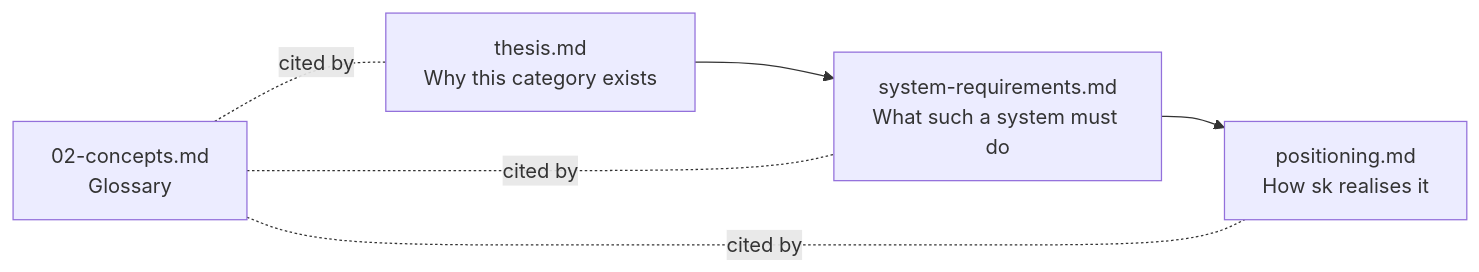
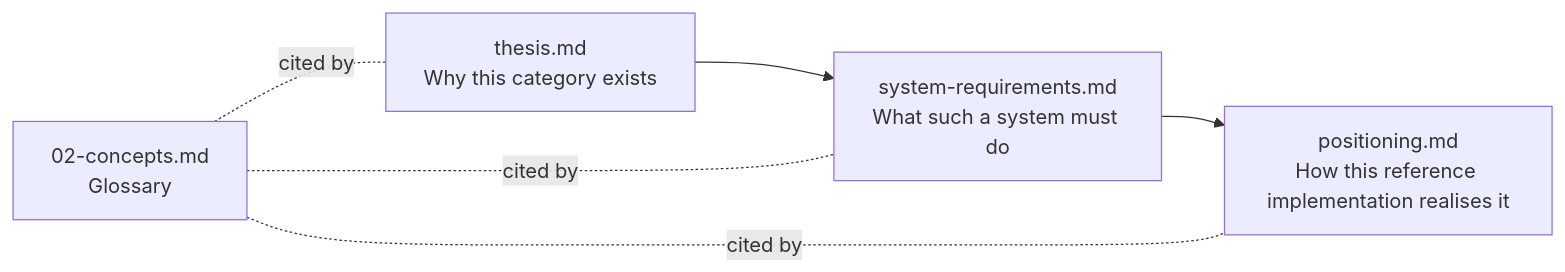
One commit to MikeBild/subkit changed the first of 2 diagrams in README.md. Above: the diagram before and after it, drawn with Mermaid. The commit also changed other lines of this file and 10 other files, not shown here.

````diff
--- a/README.md
+++ b/README.md
@@ -30,12 +29,12 @@
 ```mermaid
 flowchart LR
     Thesis["thesis.md<br/>Why this category exists"]
     Reqs["system-requirements.md<br/>What such a system must do"]
-    Pos["positioning.md<br/>How sk realises it"]
+    Pos["positioning.md<br/>How this reference implementation realises it"]
     Concepts["02-concepts.md<br/>Glossary"]
 
     Thesis --> Reqs --> Pos
     Concepts -. cited by .- Thesis
     Concepts -. cited by .- Reqs
     Concepts -. cited by .- Pos
 ```
````
